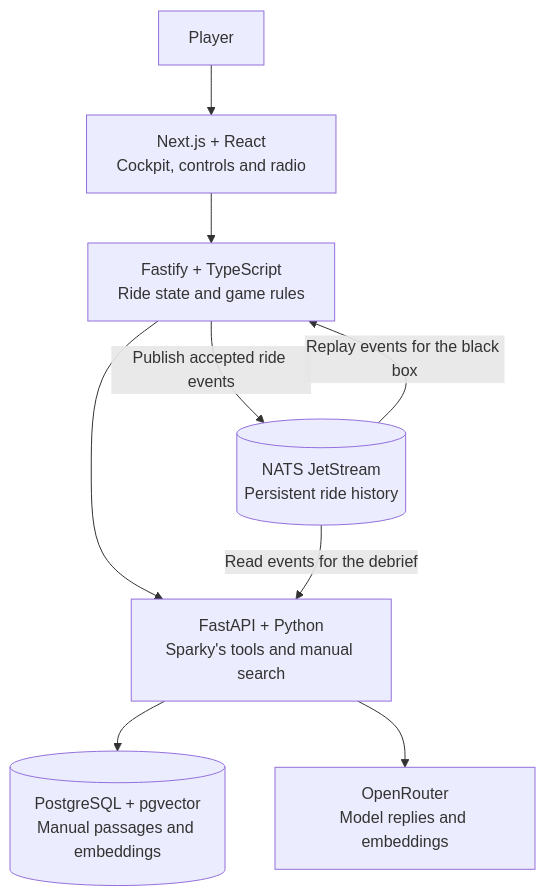
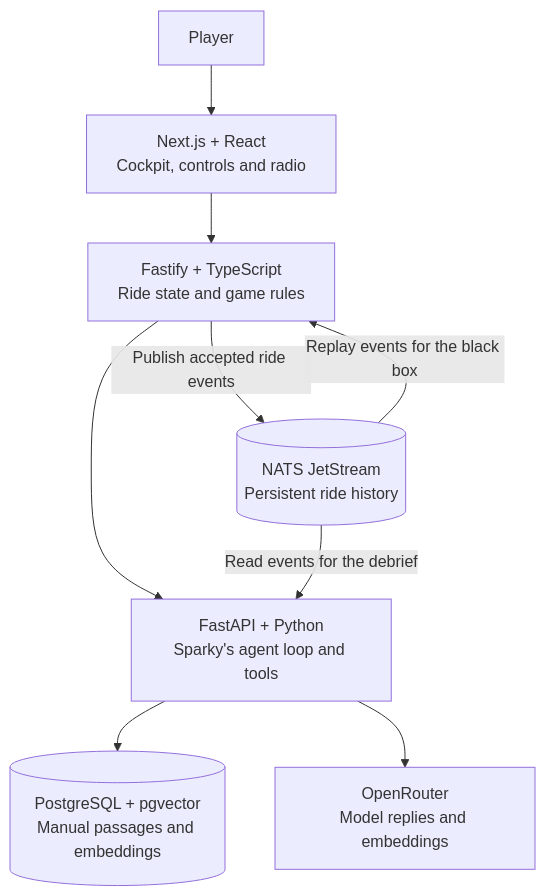
The diagram in README.md (AndreiAyar/escape-docs), drawn with Mermaid before and after one commit. The commit also changed other lines of this file, not shown here.

Commit message:
docs: describe Sparky's agentic tool loop and OpenRouter integration

````diff
--- a/README.md
+++ b/README.md
@@ -41,11 +43,11 @@
 ```mermaid
 flowchart TD
     Player["Player"] --> Web["Next.js + React<br/>Cockpit, controls and radio"]
     Web --> API["Fastify + TypeScript<br/>Ride state and game rules"]
-    API --> AI["FastAPI + Python<br/>Sparky's tools and manual search"]
+    API --> AI["FastAPI + Python<br/>Sparky's agent loop and tools"]
     AI --> PG[("PostgreSQL + pgvector<br/>Manual passages and embeddings")]
     AI --> OpenRouter["OpenRouter<br/>Model replies and embeddings"]
     API -->|"Publish accepted ride events"| NATS[("NATS JetStream<br/>Persistent ride history")]
     NATS -->|"Replay events for the black box"| API
     NATS -->|"Read events for the debrief"| AI
 ```
````
